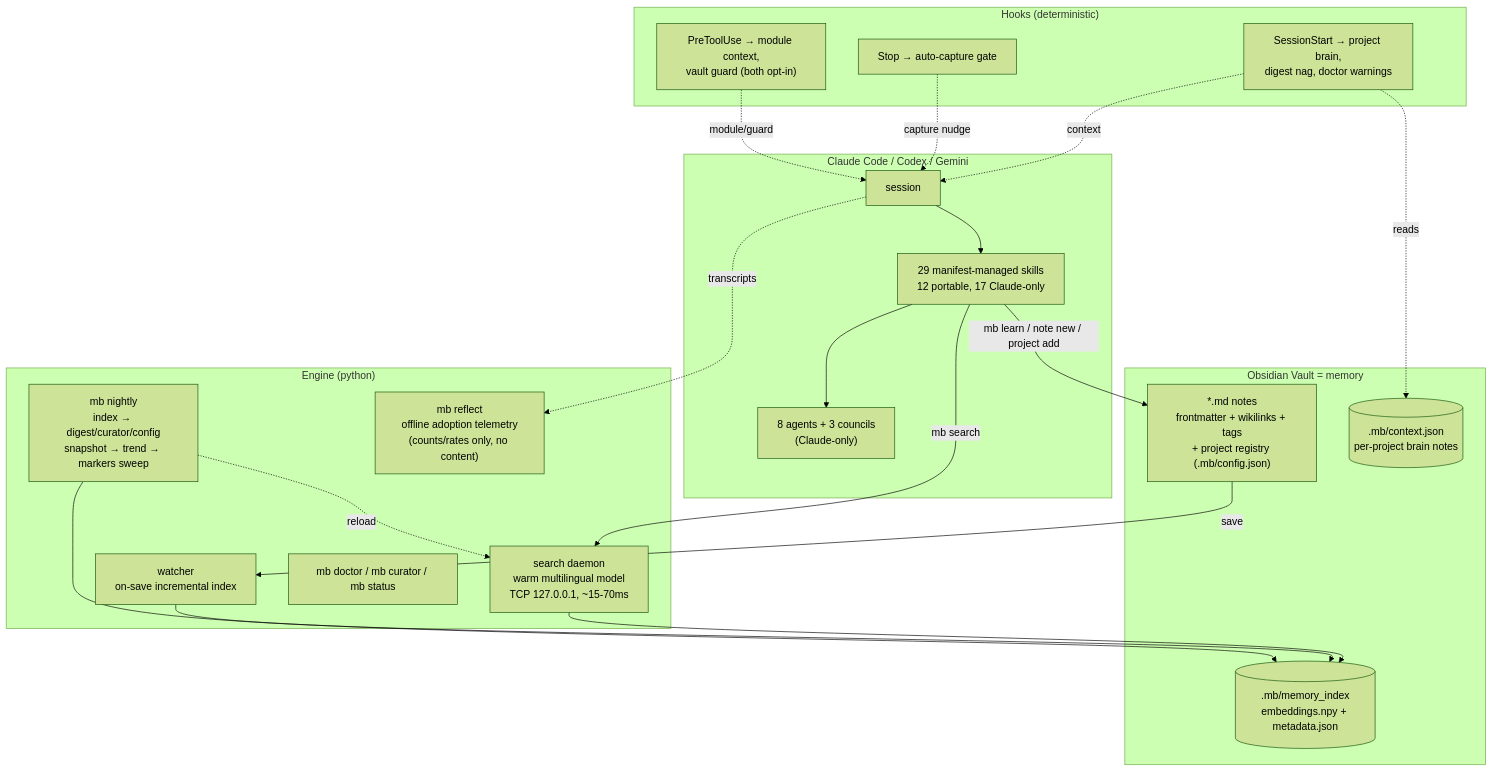
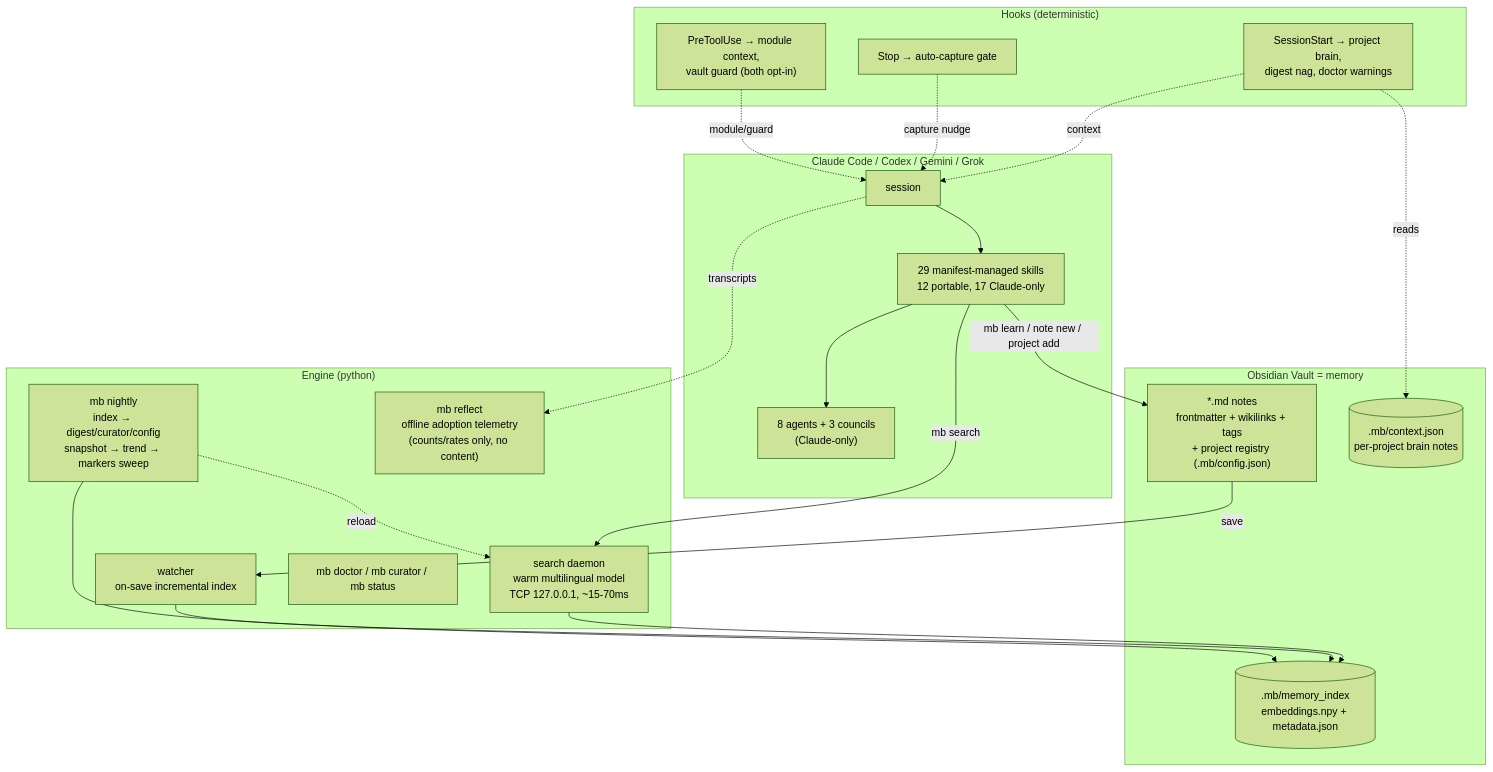
The diagram in README.md (Kostik2702/singularity), drawn with Mermaid (forest theme) before and after one commit. The commit also changed other lines of this file and 4 other files, not shown here.

````diff
--- a/README.md
+++ b/README.md
@@ -32,37 +32,37 @@
 ```mermaid
 graph TB
-    subgraph CC["Claude Code / Codex / Gemini"]
+    subgraph CC["Claude Code / Codex / Gemini / Grok"]
         MAIN["session"]
         SK["29 manifest-managed skills<br/>12 portable, 17 Claude-only"]
         AG["8 agents + 3 councils<br/>(Claude-only)"]
     end
     subgraph HOOKS["Hooks (deterministic)"]
         H1["SessionStart → project brain,<br/>digest nag, doctor warnings"]
         H2["Stop → auto-capture gate"]
         H3["PreToolUse → module context,<br/>vault guard (both opt-in)"]
     end
     subgraph ENGINE["Engine (python)"]
         D["search daemon<br/>warm multilingual model<br/>TCP 127.0.0.1, ~15-70ms"]
         W["watcher<br/>on-save incremental index"]
         NI["mb nightly<br/>index → digest/curator/config<br/>snapshot → trend → markers sweep"]
         DR["mb doctor / mb curator / mb status"]
         RF["mb reflect<br/>offline adoption telemetry<br/>(counts/rates only, no content)"]
     end
     subgraph VAULT["Obsidian Vault = memory"]
         NOTES["*.md notes<br/>frontmatter + wikilinks + tags<br/>+ project registry (.mb/config.json)"]
         IDX[(".mb/memory_index<br/>embeddings.npy + metadata.json")]
         CTX[(".mb/context.json<br/>per-project brain notes")]
     end
 
     H1 -.context.-> MAIN
     H2 -.capture nudge.-> MAIN
     H3 -.module/guard.-> MAIN
     MAIN --> SK --> AG
     SK -- "mb search" --> D --> IDX
     SK -- "mb learn / note new / project add" --> NOTES
     NOTES -- save --> W --> IDX
     NI --> IDX
     NI -.reload.-> D
     H1 -.reads.-> CTX
     MAIN -.transcripts.-> RF
 ```
````
